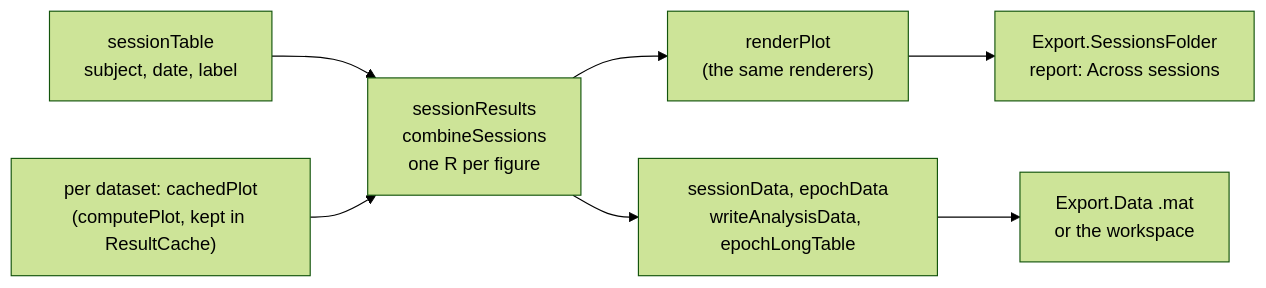
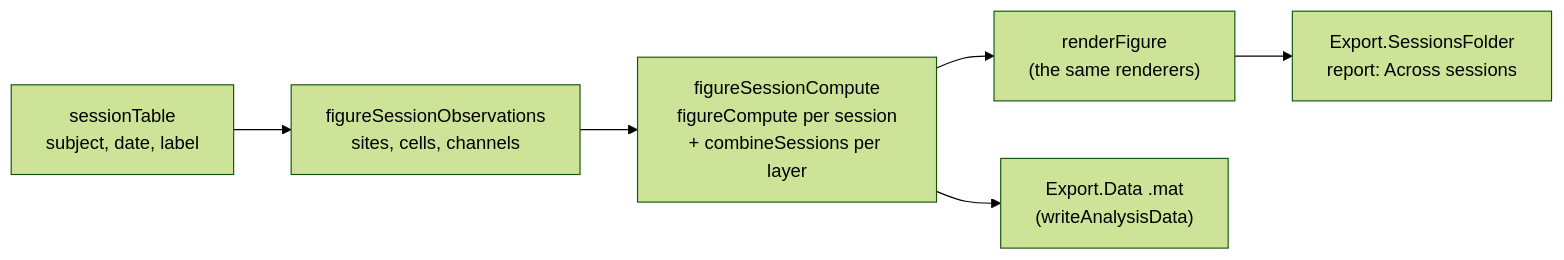
The second of 2 diagrams in documentation/EphysAnalysis.md (dstolz/ephys_analysis), drawn with Mermaid (forest theme) before and after one commit. The commit also changed other lines of this file and 9 other files, not shown here.

````diff
--- a/documentation/EphysAnalysis.md
+++ b/documentation/EphysAnalysis.md
@@ -684,9 +690,8 @@
 ```mermaid
 flowchart LR
-    TAB["sessionTable<br/>subject, date, label"] --> RES
-    CP["per dataset: cachedPlot<br/>(computePlot, kept in ResultCache)"] --> RES["sessionResults<br/>combineSessions<br/>one R per figure"]
-    RES --> RND["renderPlot<br/>(the same renderers)"]
-    RES --> SD["sessionData, epochData<br/>writeAnalysisData, epochLongTable"]
+    TAB["sessionTable<br/>subject, date, label"] --> OBS
+    OBS["figureSessionObservations<br/>sites, cells, channels"] --> CMP["figureSessionCompute<br/>figureCompute per session<br/>+ combineSessions per layer"]
+    CMP --> RND["renderFigure<br/>(the same renderers)"]
     RND --> OUT["Export.SessionsFolder<br/>report: Across sessions"]
-    SD --> DAT["Export.Data .mat<br/>or the workspace"]
+    CMP --> DAT["Export.Data .mat<br/>(writeAnalysisData)"]
 ```
````
